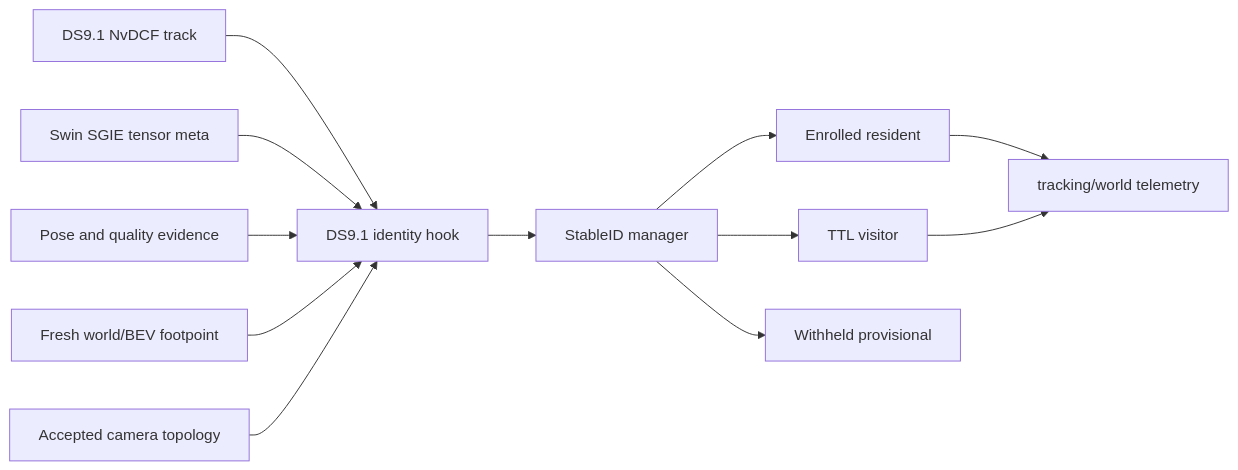
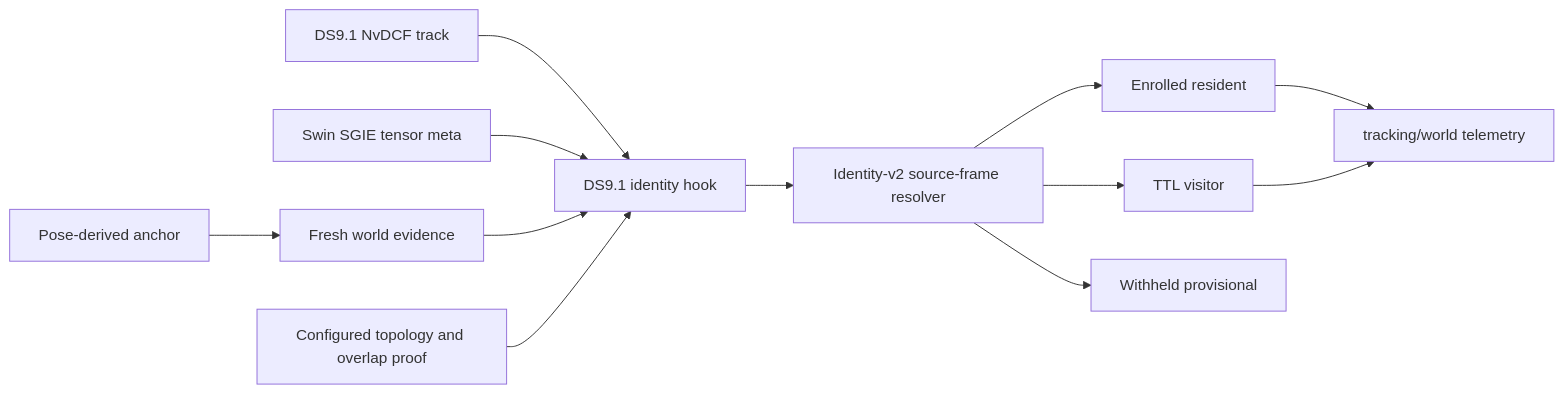
Before and after one commit to dmanfx/noesis: the diagram in plans/household_identity/README.md, drawn with Mermaid. The commit also changed other lines of this file and 6 other files, not shown here.

Commit message:
fix(identity): bind overlap proof to world frame revision

````diff
--- a/plans/household_identity/README.md
+++ b/plans/household_identity/README.md
@@ -13,14 +16,14 @@
 ```mermaid
 flowchart LR
     TRACK[DS9.1 NvDCF track] --> JOIN[DS9.1 identity hook]
     REID[Swin SGIE tensor meta] --> JOIN
-    POSE[Pose and quality evidence] --> JOIN
-    WORLD[Fresh world/BEV footpoint] --> JOIN
-    TOPO[Accepted camera topology] --> JOIN
-    JOIN --> RESOLVE[StableID manager]
+    POSE[Pose-derived anchor] --> WORLD[Fresh world evidence]
+    WORLD --> JOIN
+    TOPO[Configured topology and overlap proof] --> JOIN
+    JOIN --> RESOLVE[Identity-v2 source-frame resolver]
     RESOLVE --> RESIDENT[Enrolled resident]
     RESOLVE --> VISITOR[TTL visitor]
     RESOLVE --> PROVISIONAL[Withheld provisional]
     RESIDENT --> WIRE[tracking/world telemetry]
     VISITOR --> WIRE
 ```
````
